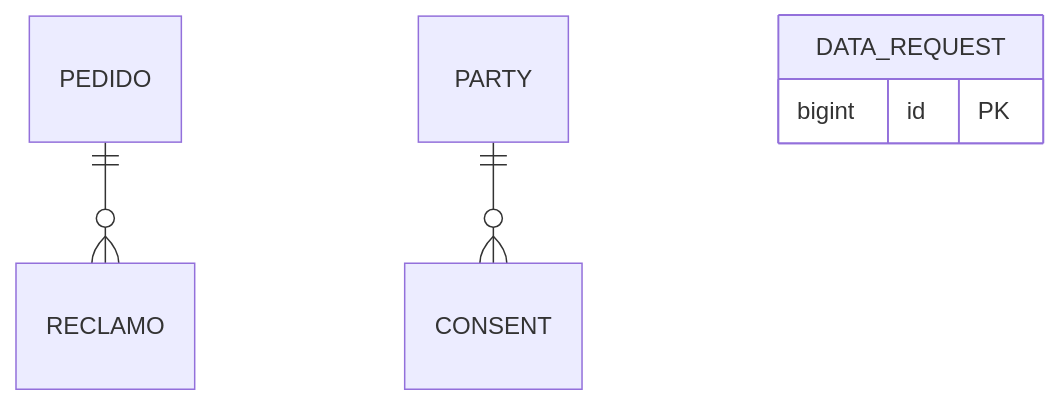
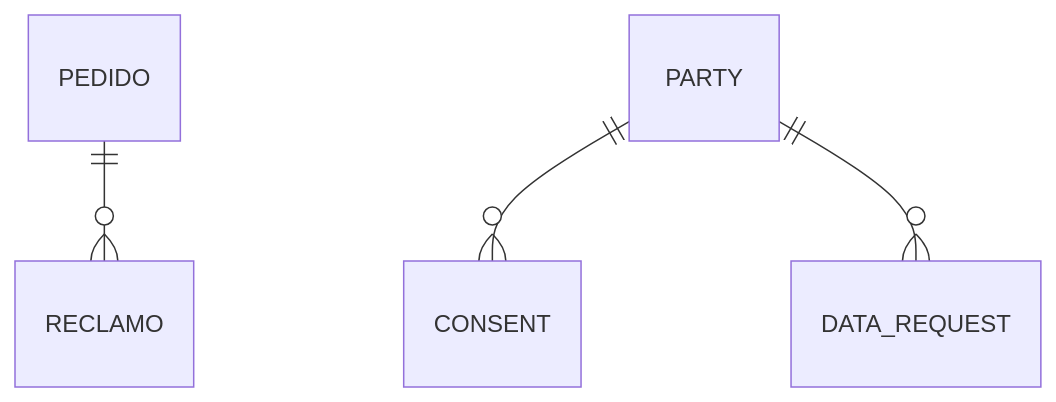
Before and after one commit to JoseEM26/caprichos: the second of 5 diagrams in dor/DOR-FT-LEG-01-comprobantes-nota-de-venta-y-datos-de-boleta-o-factura.md, drawn with Mermaid. The commit also changed 32 other files, not shown here.

````diff
--- a/dor/DOR-FT-LEG-01-comprobantes-nota-de-venta-y-datos-de-boleta-o-factura.md
+++ b/dor/DOR-FT-LEG-01-comprobantes-nota-de-venta-y-datos-de-boleta-o-factura.md
@@ -89,8 +89,6 @@
 ```mermaid
 erDiagram
   PEDIDO ||--o{ RECLAMO : ""
   PARTY ||--o{ CONSENT : ""
-  DATA_REQUEST {
-    bigint id PK
-  }
+  PARTY ||--o{ DATA_REQUEST : ""
 ```
````
